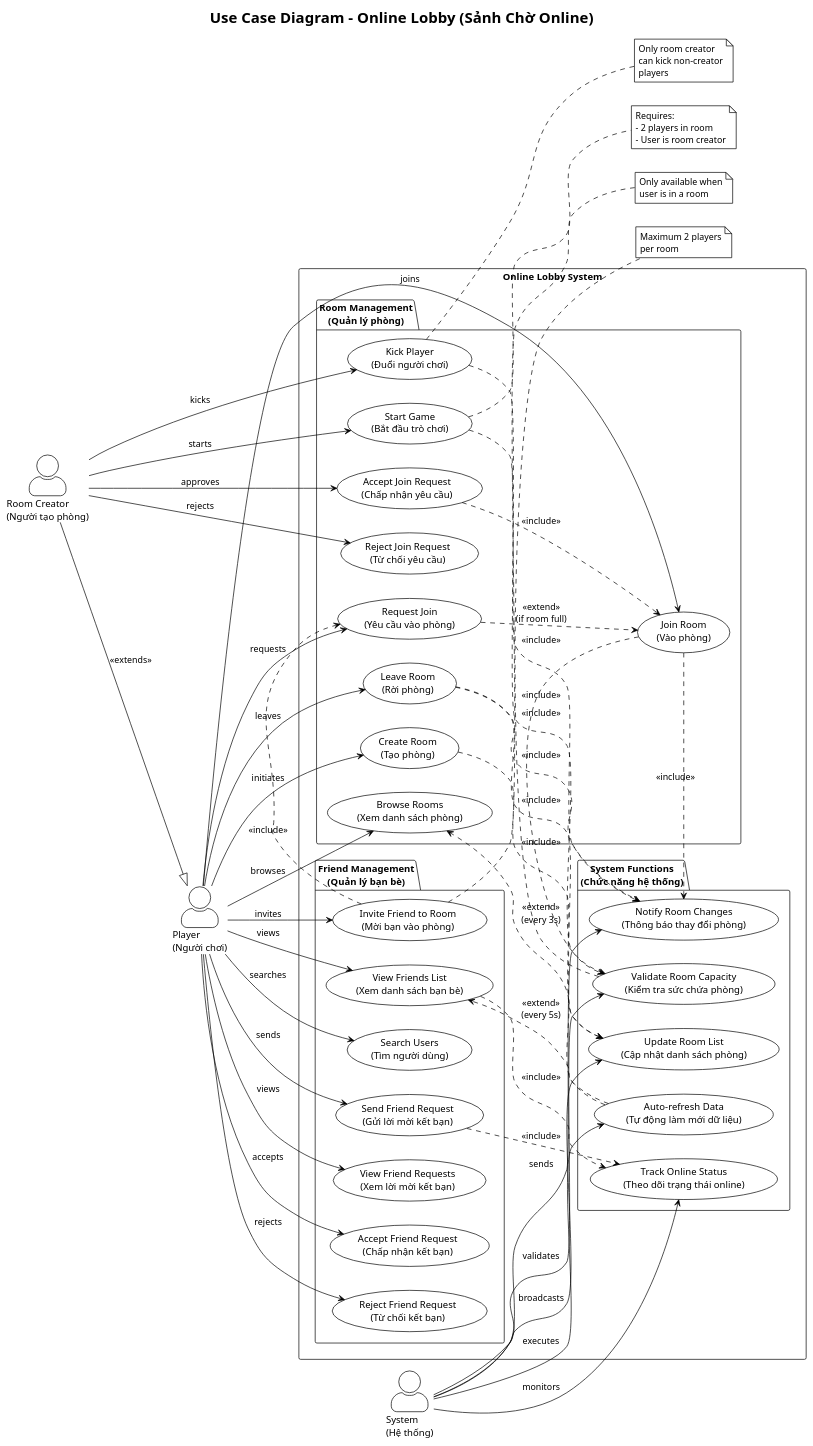
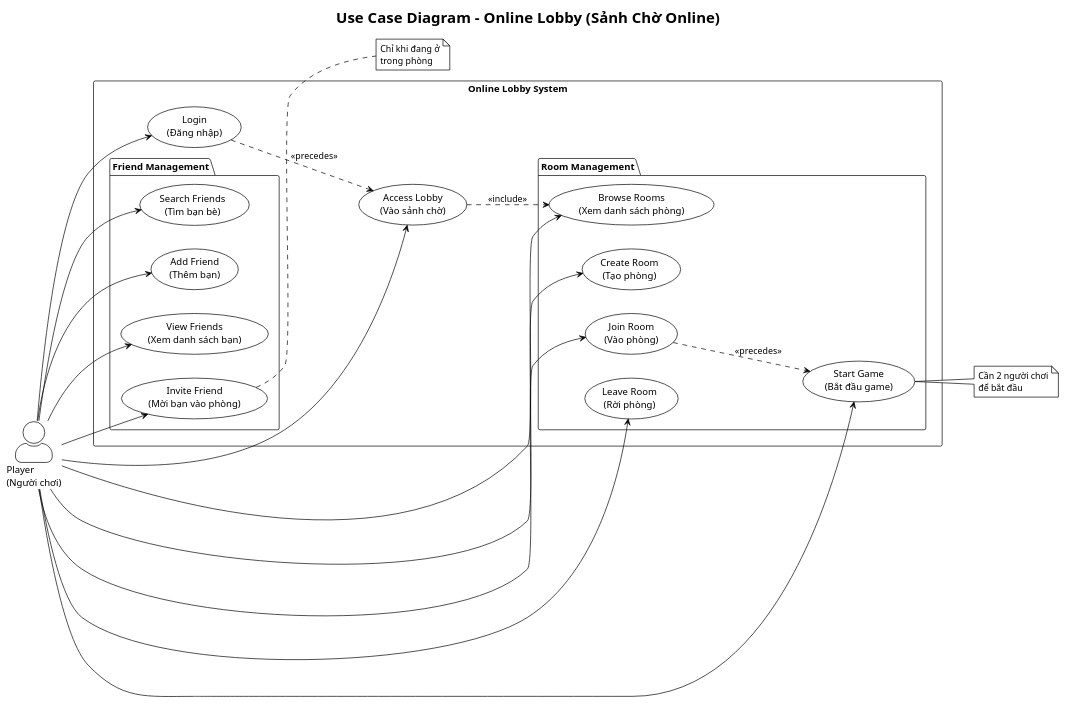
One commit to tychicus04/supermarket_game changed the diagram in docs/use-case-diagrams/online-lobby-use-case.puml. Above: the diagram before and after it, drawn with PlantUML. The commit also changed 2 other files, not shown here.

Commit message:
refactor: simplify use case diagrams to focus on main user flows
Simplified all three use case diagrams based on user feedback:

Before:
- Multiple actors (Player, System, Database, Room Creator)
- Complex packages with system internals
- Many include/extend relationships
- Technical implementation details

After:
- Single actor (Player) focusing on user perspective
- Clean flow: Login -> Access Feature -> Display Data
- Only essential use cases visible to users
- Simplified package structure

Changes:
1. Leaderboard: Login → Access Leaderboard → Display Top 10 → Show Rankings/Names/Scores/Medals
2. Online Lobby: Login → Access Lobby → Room/Friend Management (create, join, invite, etc.)
3. Match History: Login → Access History → Display List & Statistics → Show details (result, opponent, scores, date)

All diagrams now follow the simple pattern: Login -> Main Action -> Display Components

```diff
--- a/docs/use-case-diagrams/online-lobby-use-case.puml
+++ b/docs/use-case-diagrams/online-lobby-use-case.puml
@@ -1,120 +1,63 @@
 @startuml Online_Lobby_Use_Case
 !theme plain
 skinparam backgroundColor #FFFFFF
 skinparam actorStyle awesome
 
 title Use Case Diagram - Online Lobby (Sảnh Chờ Online)
 
 left to right direction
 
-' Actors
+' Actor
 actor "Player\n(Người chơi)" as Player
-actor "Room Creator\n(Người tạo phòng)" as Creator
-actor "System\n(Hệ thống)" as System
 
-' Package for Online Lobby
+' Online Lobby System
 rectangle "Online Lobby System" {
-    ' Room Management Use Cases
-    package "Room Management\n(Quản lý phòng)" {
-        usecase "Create Room\n(Tạo phòng)" as UC1
-        usecase "Browse Rooms\n(Xem danh sách phòng)" as UC2
-        usecase "Join Room\n(Vào phòng)" as UC3
-        usecase "Request Join\n(Yêu cầu vào phòng)" as UC4
-        usecase "Leave Room\n(Rời phòng)" as UC5
-        usecase "Start Game\n(Bắt đầu trò chơi)" as UC6
-        usecase "Accept Join Request\n(Chấp nhận yêu cầu)" as UC7
-        usecase "Reject Join Request\n(Từ chối yêu cầu)" as UC8
-        usecase "Kick Player\n(Đuổi người chơi)" as UC9
+    usecase "Login\n(Đăng nhập)" as UC1
+    usecase "Access Lobby\n(Vào sảnh chờ)" as UC2
+
+    package "Room Management" {
+        usecase "Create Room\n(Tạo phòng)" as UC3
+        usecase "Browse Rooms\n(Xem danh sách phòng)" as UC4
+        usecase "Join Room\n(Vào phòng)" as UC5
+        usecase "Leave Room\n(Rời phòng)" as UC6
+        usecase "Start Game\n(Bắt đầu game)" as UC7
     }
 
-    ' Friend Management Use Cases
-    package "Friend Management\n(Quản lý bạn bè)" {
-        usecase "Search Users\n(Tìm người dùng)" as UC10
-        usecase "Send Friend Request\n(Gửi lời mời kết bạn)" as UC11
-        usecase "View Friend Requests\n(Xem lời mời kết bạn)" as UC12
-        usecase "Accept Friend Request\n(Chấp nhận kết bạn)" as UC13
-        usecase "Reject Friend Request\n(Từ chối kết bạn)" as UC14
-        usecase "View Friends List\n(Xem danh sách bạn bè)" as UC15
-        usecase "Invite Friend to Room\n(Mời bạn vào phòng)" as UC16
-    }
-
-    ' System Use Cases
-    package "System Functions\n(Chức năng hệ thống)" {
-        usecase "Update Room List\n(Cập nhật danh sách phòng)" as UC17
-        usecase "Track Online Status\n(Theo dõi trạng thái online)" as UC18
-        usecase "Notify Room Changes\n(Thông báo thay đổi phòng)" as UC19
-        usecase "Validate Room Capacity\n(Kiểm tra sức chứa phòng)" as UC20
-        usecase "Auto-refresh Data\n(Tự động làm mới dữ liệu)" as UC21
+    package "Friend Management" {
+        usecase "Search Friends\n(Tìm bạn bè)" as UC8
+        usecase "Add Friend\n(Thêm bạn)" as UC9
+        usecase "View Friends\n(Xem danh sách bạn)" as UC10
+        usecase "Invite Friend\n(Mời bạn vào phòng)" as UC11
     }
 }
 
-' Player relationships
-Player --> UC1 : initiates
-Player --> UC2 : browses
-Player --> UC3 : joins
-Player --> UC4 : requests
-Player --> UC5 : leaves
-Player --> UC10 : searches
-Player --> UC11 : sends
-Player --> UC12 : views
-Player --> UC13 : accepts
-Player --> UC14 : rejects
-Player --> UC15 : views
-Player --> UC16 : invites
+' Player actions
+Player --> UC1
+Player --> UC2
+Player --> UC3
+Player --> UC4
+Player --> UC5
+Player --> UC6
+Player --> UC7
+Player --> UC8
+Player --> UC9
+Player --> UC10
+Player --> UC11
 
-' Room Creator relationships (inherits from Player)
-Creator --|> Player : <<extends>>
-Creator --> UC7 : approves
-Creator --> UC8 : rejects
-Creator --> UC9 : kicks
-Creator --> UC6 : starts
-
-' System relationships
-System --> UC17 : broadcasts
-System --> UC18 : monitors
-System --> UC19 : sends
-System --> UC20 : validates
-System --> UC21 : executes
-
-' Include relationships
-UC1 ..> UC17 : <<include>>
-UC3 ..> UC20 : <<include>>
-UC3 ..> UC19 : <<include>>
-UC5 ..> UC17 : <<include>>
-UC5 ..> UC19 : <<include>>
-UC6 ..> UC20 : <<include>>
-UC7 ..> UC3 : <<include>>
-UC9 ..> UC19 : <<include>>
-UC11 ..> UC18 : <<include>>
-UC15 ..> UC18 : <<include>>
-UC16 ..> UC4 : <<include>>
-
-' Extend relationships
-UC4 ..> UC3 : <<extend>>\n(if room full)
-UC21 ..> UC15 : <<extend>>\n(every 5s)
-UC21 ..> UC2 : <<extend>>\n(every 3s)
+' Flow relationships
+UC1 ..> UC2 : <<precedes>>
+UC2 ..> UC4 : <<include>>
+UC5 ..> UC7 : <<precedes>>
 
 ' Notes
-note right of UC6
-  Requires:
-  - 2 players in room
-  - User is room creator
+note right of UC7
+  Cần 2 người chơi
+  để bắt đầu
 end note
 
-note right of UC9
-  Only room creator
-  can kick non-creator
-  players
-end note
-
-note bottom of UC20
-  Maximum 2 players
-  per room
-end note
-
-note right of UC16
-  Only available when
-  user is in a room
+note right of UC11
+  Chỉ khi đang ở
+  trong phòng
 end note
 
 @enduml
```
